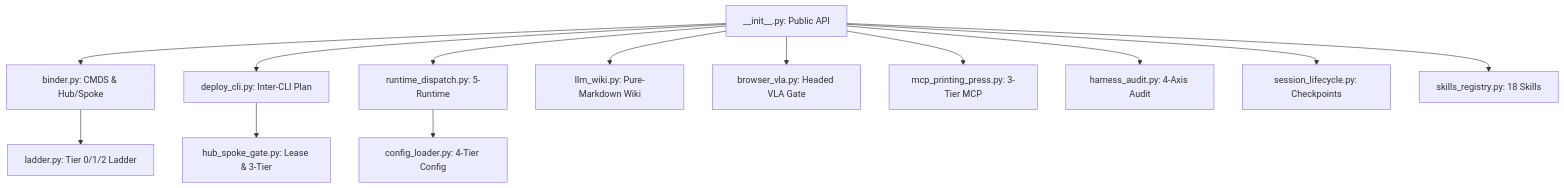
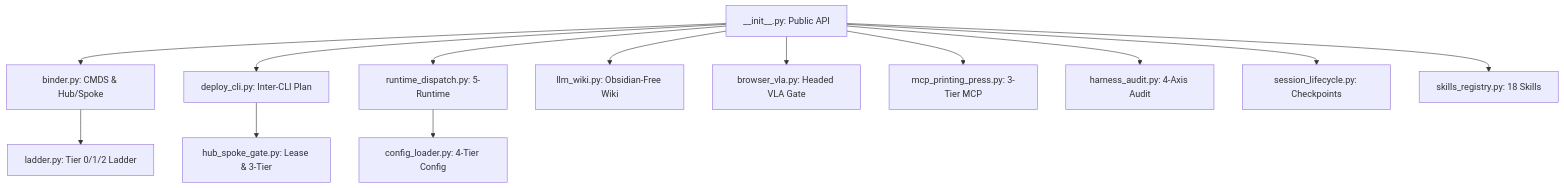
One commit to quamentalabs/patchwork-os changed the second of 2 diagrams in docs/architecture/pwos-cockpit-and-5runtime-playbook.md. Above: the diagram before and after it, drawn with Mermaid. The commit also changed 84 other files, not shown here.

````diff
--- a/docs/architecture/pwos-cockpit-and-5runtime-playbook.md
+++ b/docs/architecture/pwos-cockpit-and-5runtime-playbook.md
@@ -34,15 +34,15 @@
 ```mermaid
 flowchart TD
   INIT["__init__.py: Public API"] --> BIND["binder.py: CMDS & Hub/Spoke"]
   BIND --> LAD["ladder.py: Tier 0/1/2 Ladder"]
   INIT --> DCLI["deploy_cli.py: Inter-CLI Plan"]
   DCLI --> HSG["hub_spoke_gate.py: Lease & 3-Tier"]
   INIT --> RDSP["runtime_dispatch.py: 5-Runtime"]
   RDSP --> CFG["config_loader.py: 4-Tier Config"]
-  INIT --> WIKI["llm_wiki.py: Pure-Markdown Wiki"]
+  INIT --> WIKI["llm_wiki.py: Obsidian-Free Wiki"]
   INIT --> BVLA["browser_vla.py: Headed VLA Gate"]
   INIT --> MCPP["mcp_printing_press.py: 3-Tier MCP"]
   INIT --> HARN["harness_audit.py: 4-Axis Audit"]
   INIT --> SESS["session_lifecycle.py: Checkpoints"]
   INIT --> SKIL["skills_registry.py: 18 Skills"]
 ```
````
